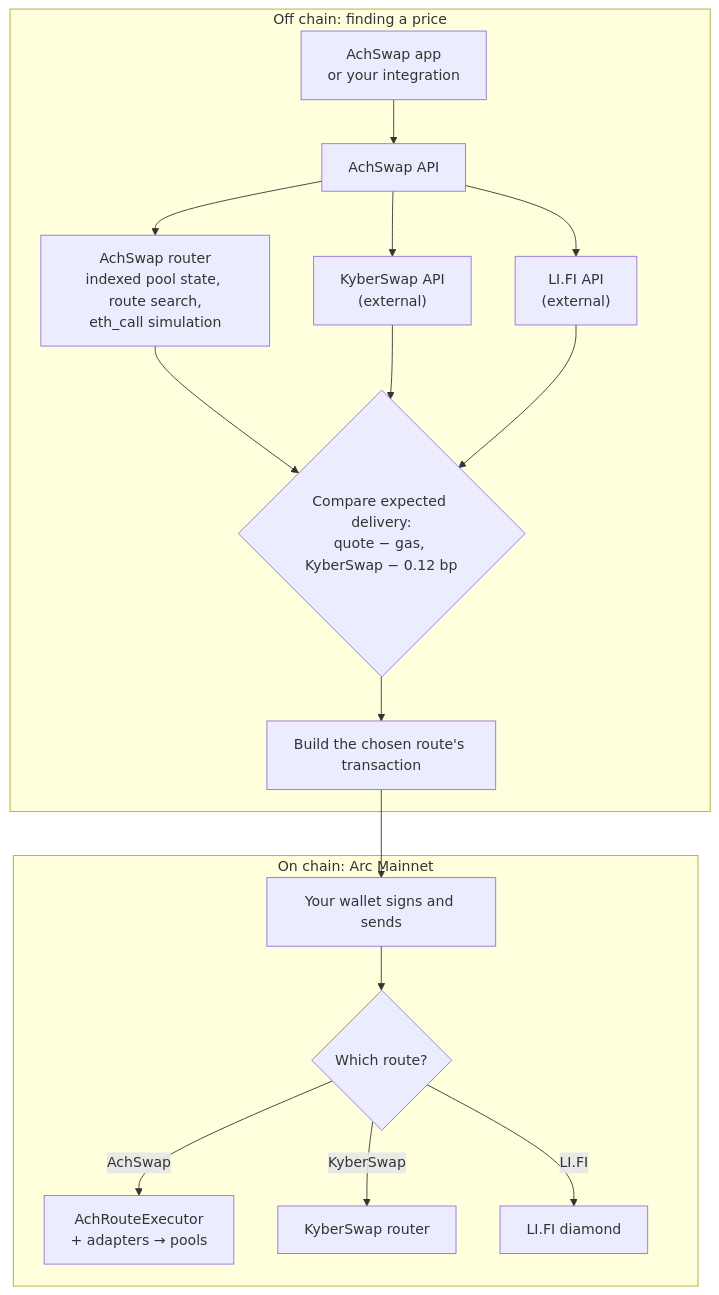
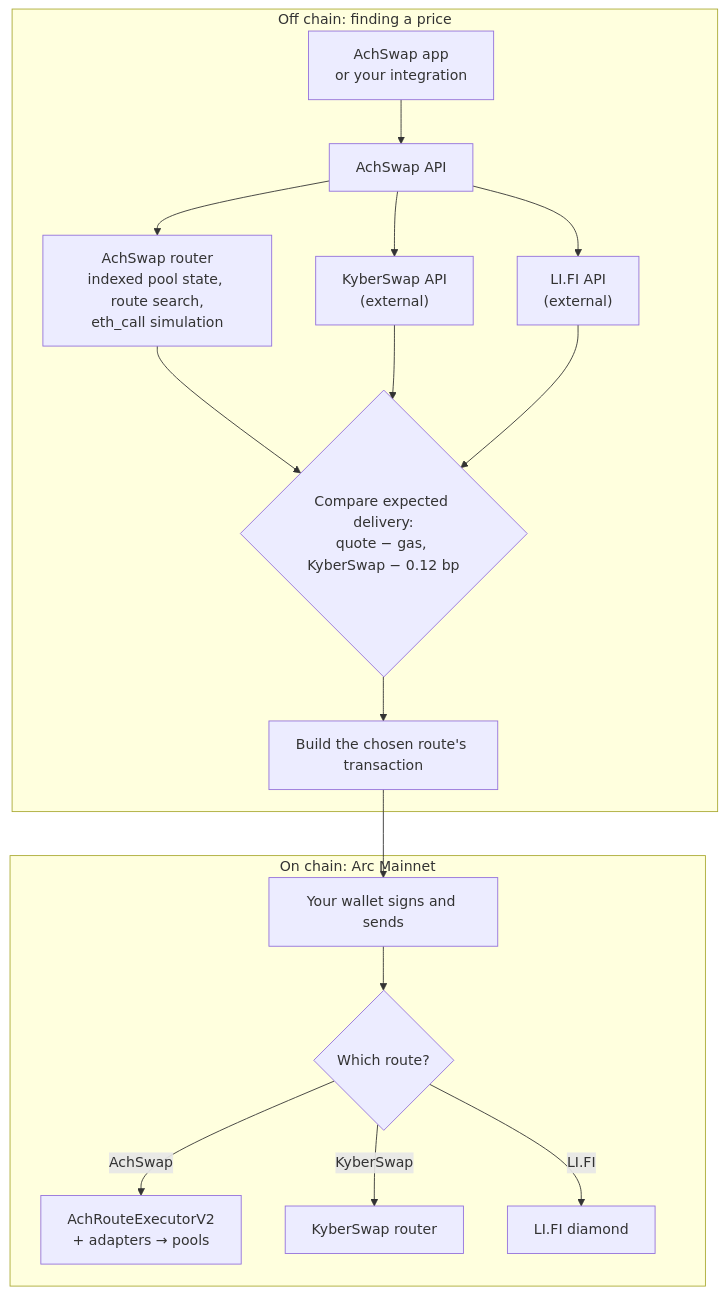
One commit to Asif2902/achswap-docs changed the diagram in docs/technical/architecture.md. Above: the diagram before and after it, drawn with Mermaid. The commit also changed other lines of this file and 12 other files, not shown here.

First line of the commit message:
docs: AchSwap routes execute on AchRouteExecutorV2 (20 October 2026)

````diff
--- a/docs/technical/architecture.md
+++ b/docs/technical/architecture.md
@@ -13,20 +13,20 @@
 ```mermaid
 flowchart TD
   subgraph offchain["Off chain: finding a price"]
     U["AchSwap app<br/>or your integration"] --> API["AchSwap API"]
     API --> R["AchSwap router<br/>indexed pool state, route search,<br/>eth_call simulation"]
     API --> K["KyberSwap API<br/>(external)"]
     API --> L["LI.FI API<br/>(external)"]
     R --> C{"Compare expected delivery:<br/>quote − gas, KyberSwap − 0.12 bp"}
     K --> C
     L --> C
     C --> B["Build the chosen route's transaction"]
   end
   subgraph onchain["On chain: Arc Mainnet"]
     W["Your wallet signs and sends"] --> X{"Which route?"}
-    X -->|AchSwap| E["AchRouteExecutor<br/>+ adapters → pools"]
+    X -->|AchSwap| E["AchRouteExecutorV2<br/>+ adapters → pools"]
     X -->|KyberSwap| KR["KyberSwap router"]
     X -->|LI.FI| LD["LI.FI diamond"]
   end
   B --> W
 ```
````
